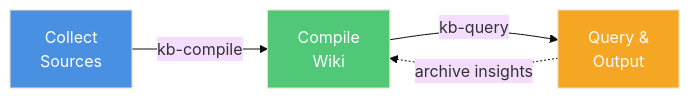
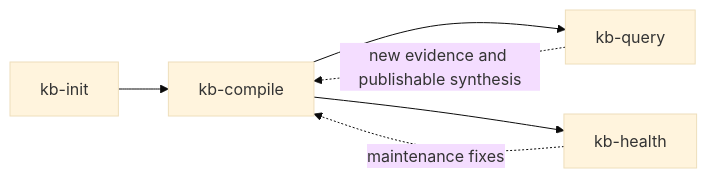
One commit to bahayonghang/obsidian-notes-karpathy changed the diagram in docs/workflow/overview.md. Above: the diagram before and after it, drawn with Mermaid (base theme). The commit also changed other lines of this file and 39 other files, not shown here.

````diff
--- a/docs/workflow/overview.md
+++ b/docs/workflow/overview.md
@@ -7,10 +5,8 @@
 ```mermaid
 graph LR
-    A[Collect<br/>Sources] -->|kb-compile| B[Compile<br/>Wiki]
-    B -->|kb-query| C[Query &<br/>Output]
-    C -.->|archive insights| B
-    
-    style A fill:#4A90E2,color:#fff
-    style B fill:#50C878,color:#fff
-    style C fill:#F5A623,color:#fff
+    A[kb-init] --> B[kb-compile]
+    B --> C[kb-query]
+    B --> D[kb-health]
+    C -.->|new evidence and publishable synthesis| B
+    D -.->|maintenance fixes| B
 ```
````
